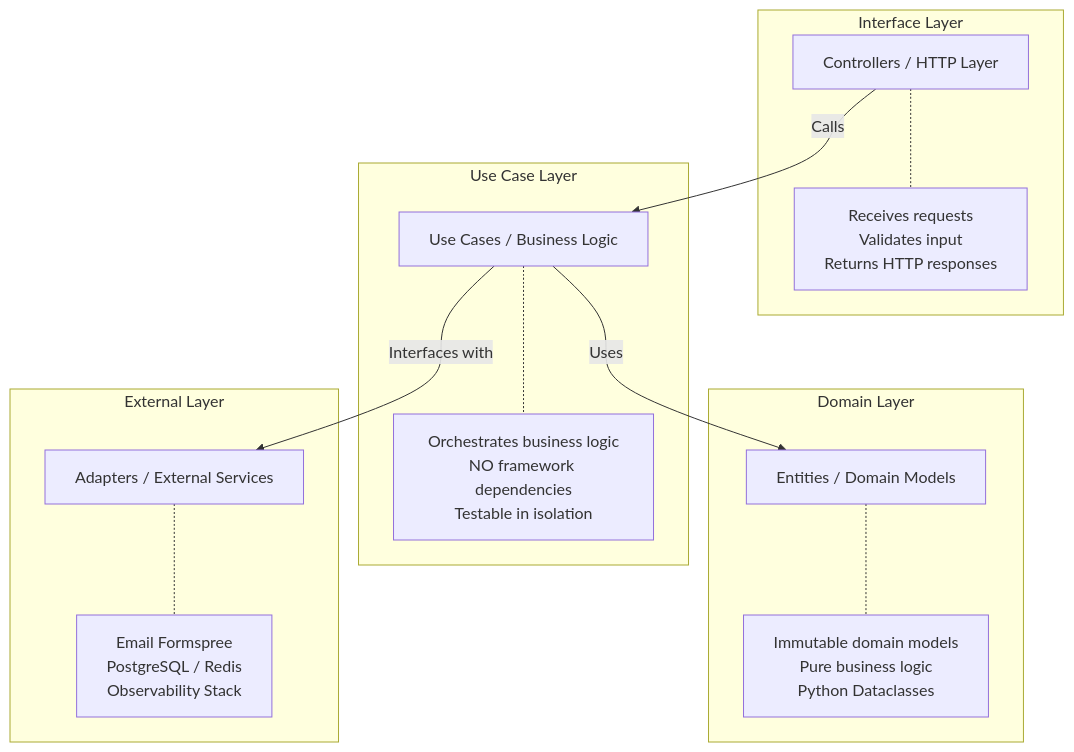
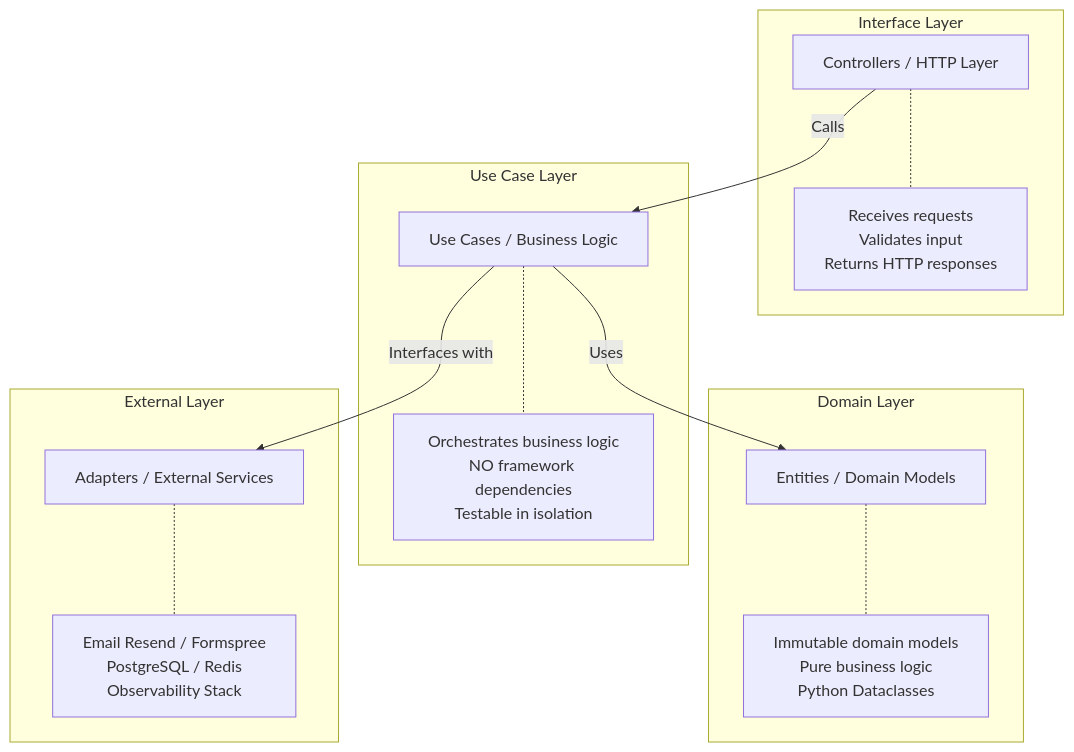
Before and after one commit to Argenis1412/portfolio: the diagram in backend/README.md, drawn with Mermaid. The commit also changed other lines of this file and 16 other files, not shown here.

Commit message:
feat: migrate email to Resend and optimize mobile performance (LCP & Contrast)

````diff
--- a/backend/README.md
+++ b/backend/README.md
@@ -32,26 +32,26 @@
 ```mermaid
 graph TD
     subgraph Interface Layer
         C[Controllers / HTTP Layer]
         C -.- note1[Receives requests<br>Validates input<br>Returns HTTP responses]
     end
     
     subgraph Use Case Layer
         UC[Use Cases / Business Logic]
         UC -.- note2[Orchestrates business logic<br>NO framework dependencies<br>Testable in isolation]
     end
     
     subgraph Domain Layer
         E[Entities / Domain Models]
         E -.- note3[Immutable domain models<br>Pure business logic<br>Python Dataclasses]
     end
     
     subgraph External Layer
         A[Adapters / External Services]
-        A -.- note4[Email Formspree<br>PostgreSQL / Redis<br>Observability Stack]
+        A -.- note4[Email Resend / Formspree<br>PostgreSQL / Redis<br>Observability Stack]
     end
 
     C -->|Calls| UC
     UC -->|Uses| E
     UC -->|Interfaces with| A
 ```
````
